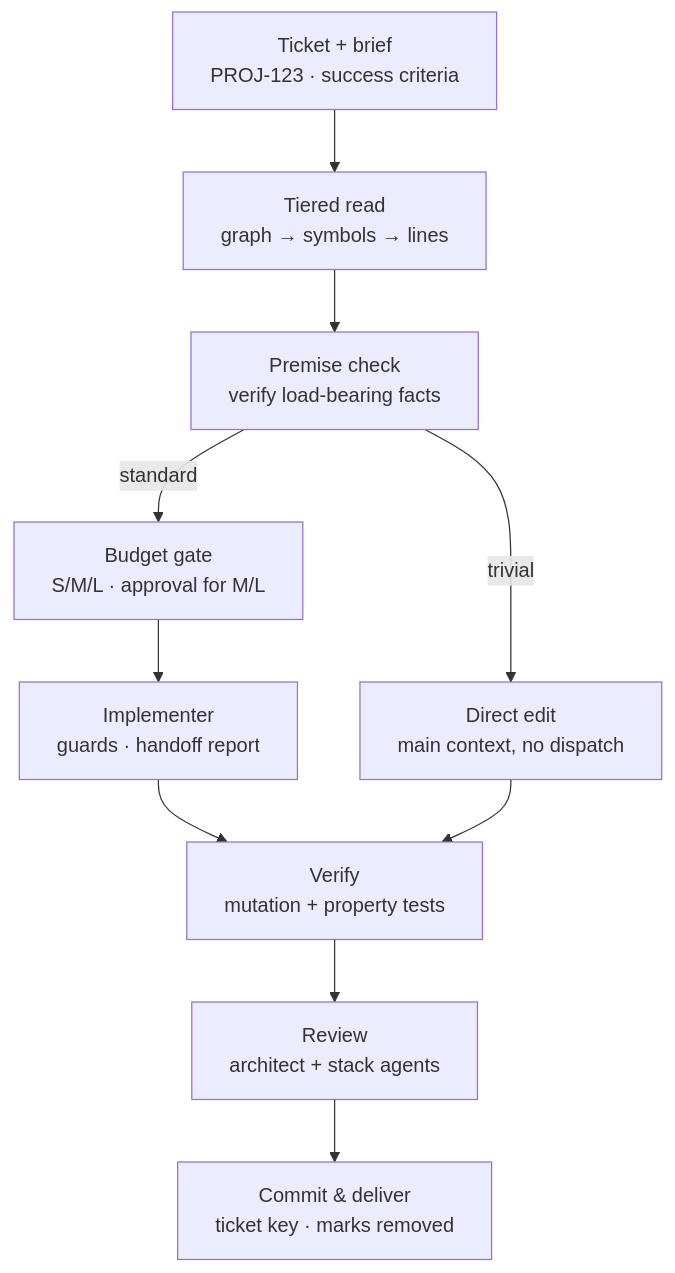
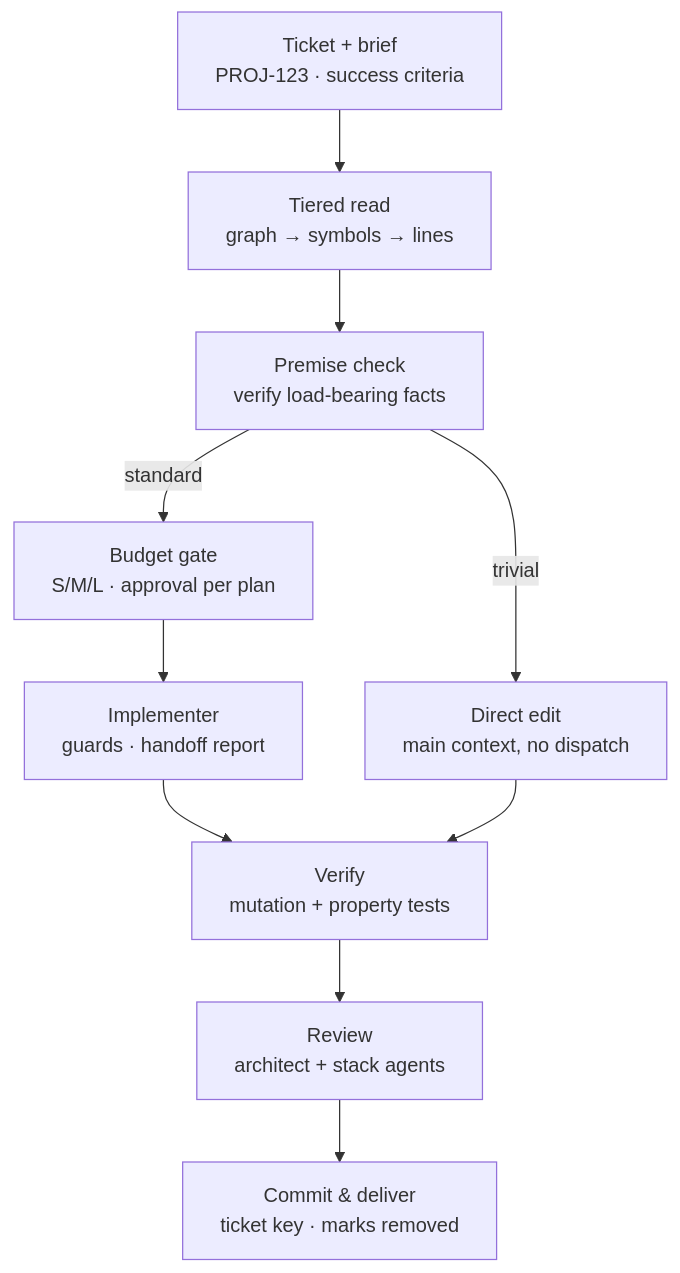
The diagram in docs/workflow.mmd (themaverik/kanon), drawn with Mermaid before and after one commit. The commit also changed 6 other files, not shown here.

First line of the commit message:
docs(karpathy): recalibrate the budget gate to measured subagent peaks and the plan

```diff
--- a/docs/workflow.mmd
+++ b/docs/workflow.mmd
@@ -1,10 +1,10 @@
 flowchart TD
   T["Ticket + brief\nPROJ-123 · success criteria"] --> RD["Tiered read\ngraph → symbols → lines"]
   RD --> PC["Premise check\nverify load-bearing facts"]
   PC -->|trivial| DE["Direct edit\nmain context, no dispatch"]
-  PC -->|standard| BG["Budget gate\nS/M/L · approval for M/L"]
+  PC -->|standard| BG["Budget gate\nS/M/L · approval per plan"]
   BG --> IM["Implementer\nguards · handoff report"]
   IM --> V["Verify\nmutation + property tests"]
   DE --> V
   V --> RV["Review\narchitect + stack agents"]
   RV --> CD["Commit & deliver\nticket key · marks removed"]
```
